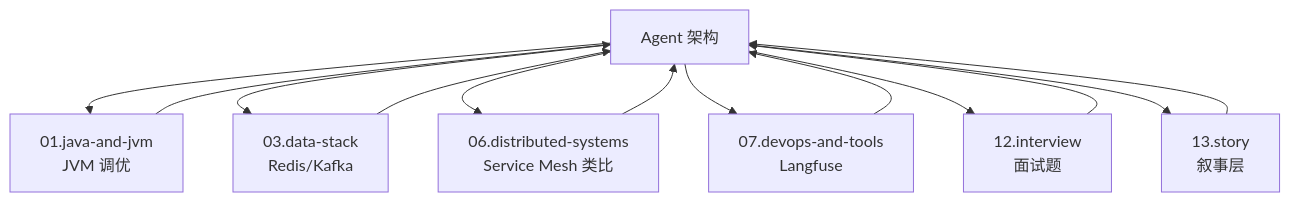
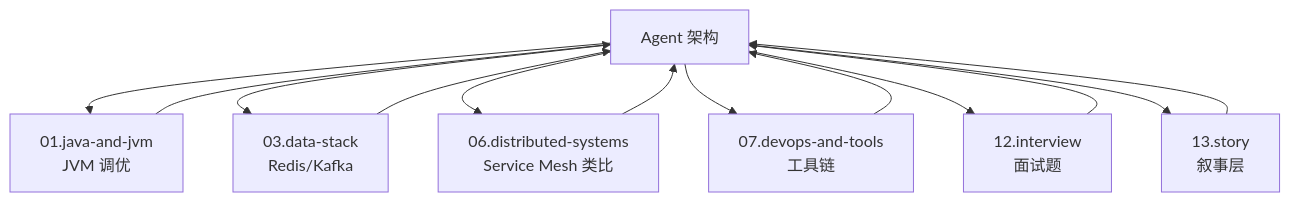
Before and after one commit to wb04307201/note: the diagram in 09.ai-applications/agent/agent-architecture/README.md, drawn with Mermaid. The commit also changed other lines of this file and 12 other files, not shown here.

````diff
--- a/09.ai-applications/agent/agent-architecture/README.md
+++ b/09.ai-applications/agent/agent-architecture/README.md
@@ -1293,15 +346,15 @@
 ```mermaid
 graph TB
     A[Agent 架构] --> B[01.java-and-jvm<br/>JVM 调优]
     A --> C[03.data-stack<br/>Redis/Kafka]
     A --> D[06.distributed-systems<br/>Service Mesh 类比]
-    A --> E[07.devops-and-tools<br/>Langfuse]
+    A --> E[07.devops-and-tools<br/>工具链]
     A --> F[12.interview<br/>面试题]
     A --> G[13.story<br/>叙事层]
     B --> A
     C --> A
     D --> A
     E --> A
     F --> A
     G --> A
 ```
````
